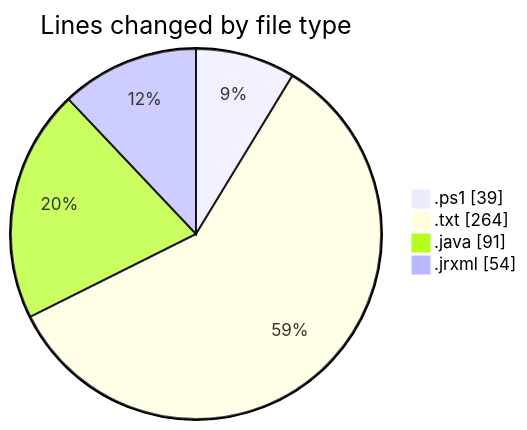
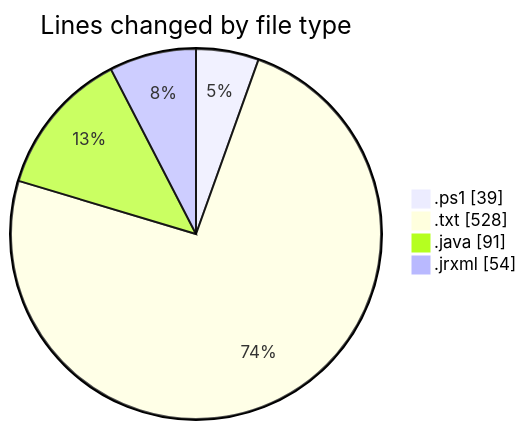
One commit to ricardozamudiocil/code-tracking changed the first of 2 diagrams in 2026-03-03/cilreports__workspace_/README.md. Above: the diagram before and after it, drawn with Mermaid. The commit also changed other lines of this file and 1 other file, not shown here.

````diff
--- a/2026-03-03/cilreports__workspace_/README.md
+++ b/2026-03-03/cilreports__workspace_/README.md
@@ -25,8 +27,8 @@
 ```mermaid
 pie showData
 title Lines changed by file type
 ".ps1" : 39
-".txt" : 264
+".txt" : 528
 ".java" : 91
 ".jrxml" : 54
 ```
````
